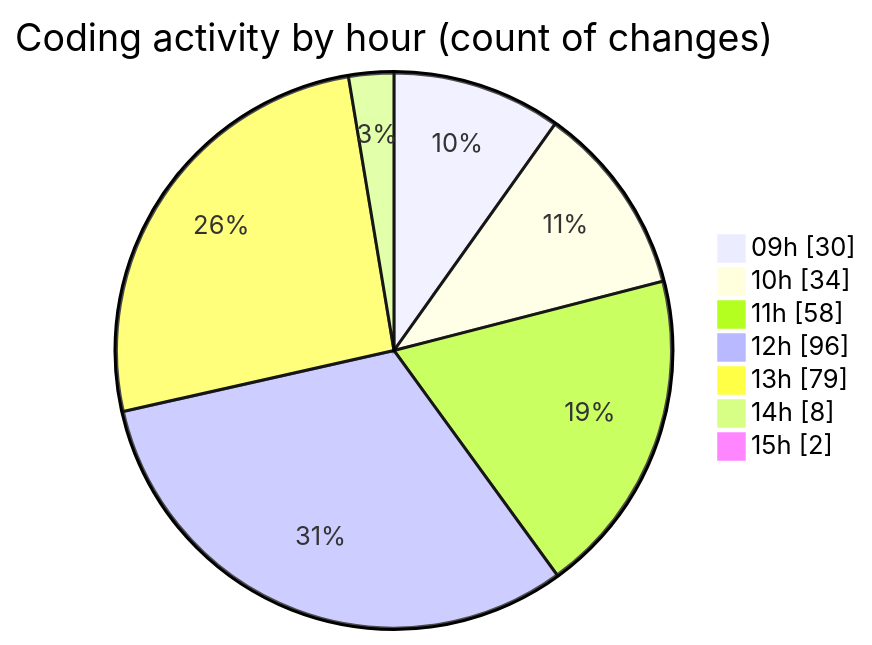
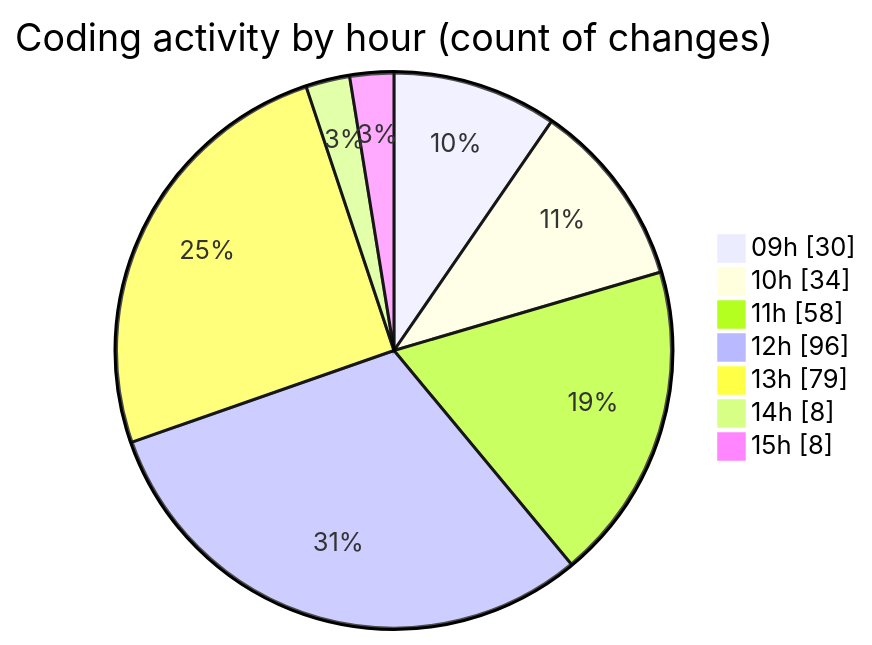
Before and after one commit to momahboobian/code-tracking: the second of 2 diagrams in 2025-04-02/cda/README.md, drawn with Mermaid. The commit also changed other lines of this file and 1 other file, not shown here.

````diff
--- a/2025-04-02/cda/README.md
+++ b/2025-04-02/cda/README.md
@@ -37,11 +37,11 @@
 ```mermaid
 pie showData
 title Coding activity by hour (count of changes)
 "09h" : 30
 "10h" : 34
 "11h" : 58
 "12h" : 96
 "13h" : 79
 "14h" : 8
-"15h" : 2
+"15h" : 8
 ```
````
